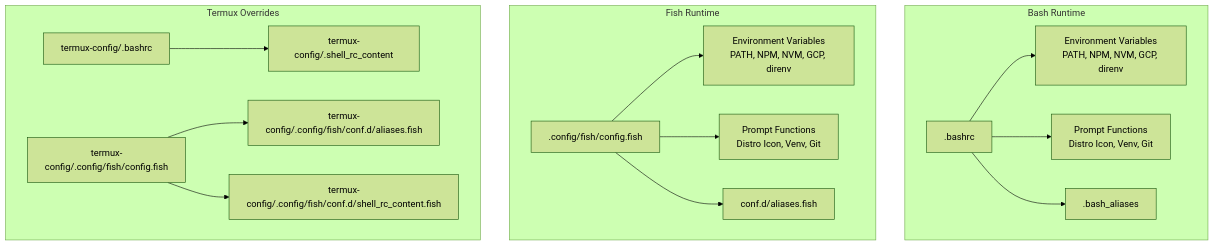
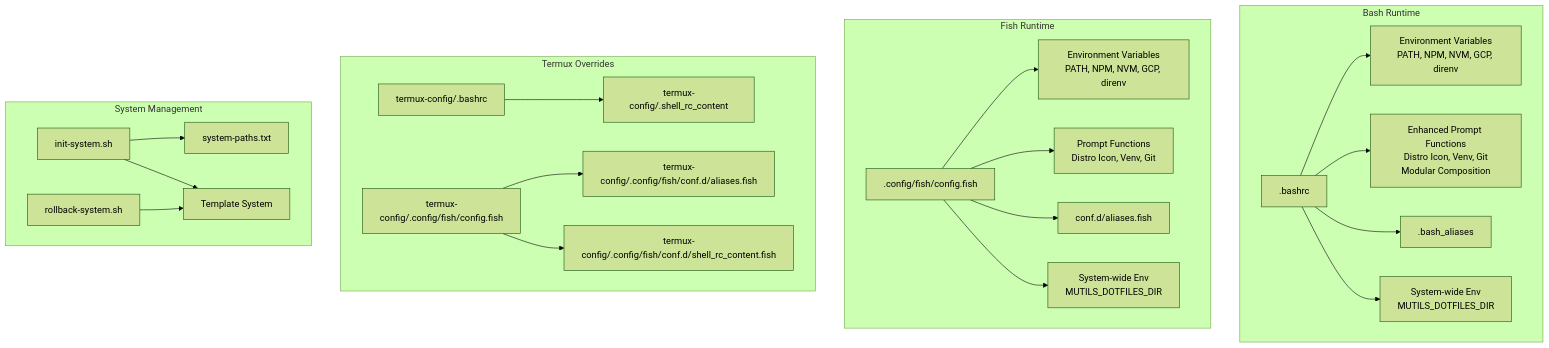
Before and after one commit to cr8ivecodesmith/dotfiles: the second of 13 diagrams in .qoder/repowiki/en/content/Shell Configurations/Shell Configurations.md, drawn with Mermaid (forest theme). The commit also changed other lines of this file and 5 other files, not shown here.

````diff
--- a/.qoder/repowiki/en/content/Shell Configurations/Shell Configurations.md
+++ b/.qoder/repowiki/en/content/Shell Configurations/Shell Configurations.md
@@ -121,31 +178,44 @@
 ```mermaid
 graph TB
 subgraph "Bash Runtime"
 BInit[".bashrc"]
 BEnv["Environment Variables<br/>PATH, NPM, NVM, GCP, direnv"]
-BPrompt["Prompt Functions<br/>Distro Icon, Venv, Git"]
+BPrompt["Enhanced Prompt Functions<br/>Distro Icon, Venv, Git<br/>Modular Composition"]
 BAliases[".bash_aliases"]
+BSysEnv["System-wide Env<br/>MUTILS_DOTFILES_DIR"]
 end
 subgraph "Fish Runtime"
 FInit[".config/fish/config.fish"]
 FEnv["Environment Variables<br/>PATH, NPM, NVM, GCP, direnv"]
 FPrompt["Prompt Functions<br/>Distro Icon, Venv, Git"]
 FAli["conf.d/aliases.fish"]
+FSysEnv["System-wide Env<br/>MUTILS_DOTFILES_DIR"]
 end
 subgraph "Termux Overrides"
 TInit["termux-config/.bashrc"]
 TEnv["termux-config/.shell_rc_content"]
 TFInit["termux-config/.config/fish/config.fish"]
 TFAli["termux-config/.config/fish/conf.d/aliases.fish"]
 TFRc["termux-config/.config/fish/conf.d/shell_rc_content.fish"]
 end
+subgraph "System Management"
+IS["init-system.sh"]
+RS["rollback-system.sh"]
+SP["system-paths.txt"]
+MT["Template System"]
+end
 BInit --> BEnv
 BInit --> BPrompt
 BInit --> BAliases
+BInit --> BSysEnv
 FInit --> FEnv
 FInit --> FPrompt
 FInit --> FAli
+FInit --> FSysEnv
 TInit --> TEnv
 TFInit --> TFAli
 TFInit --> TFRc
+IS --> SP
+IS --> MT
+RS --> MT
 ```
````
